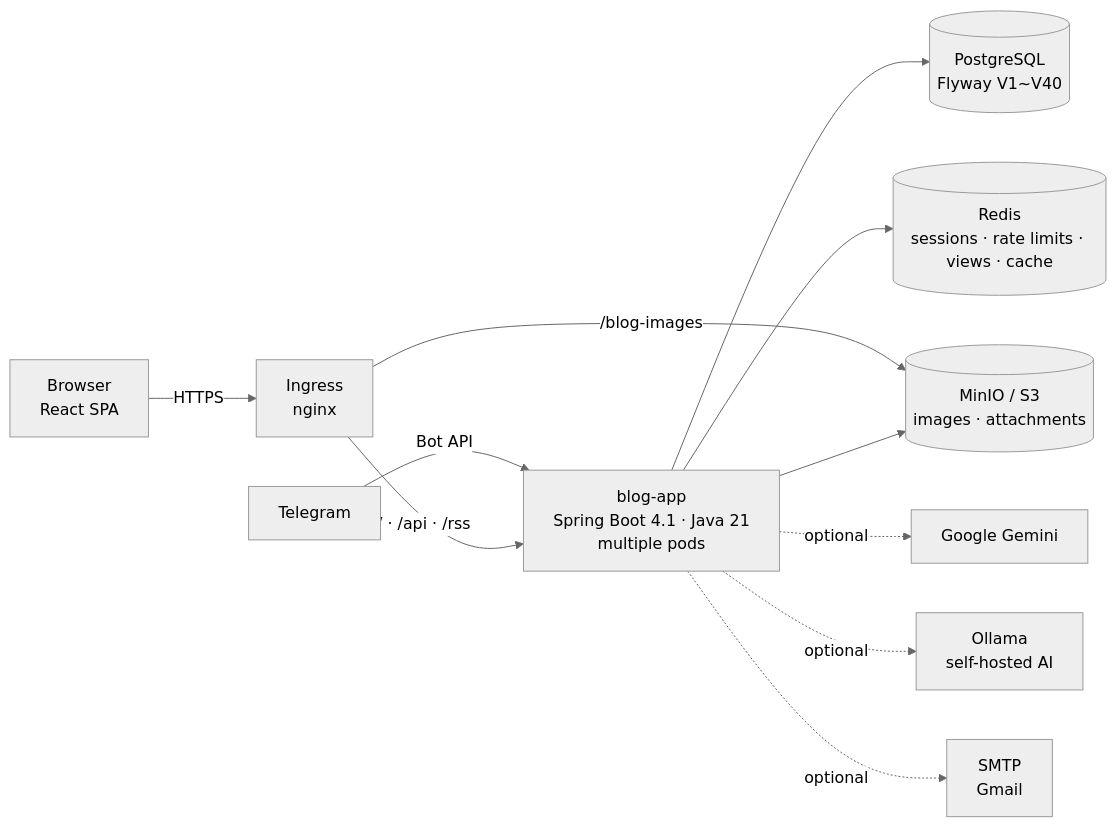
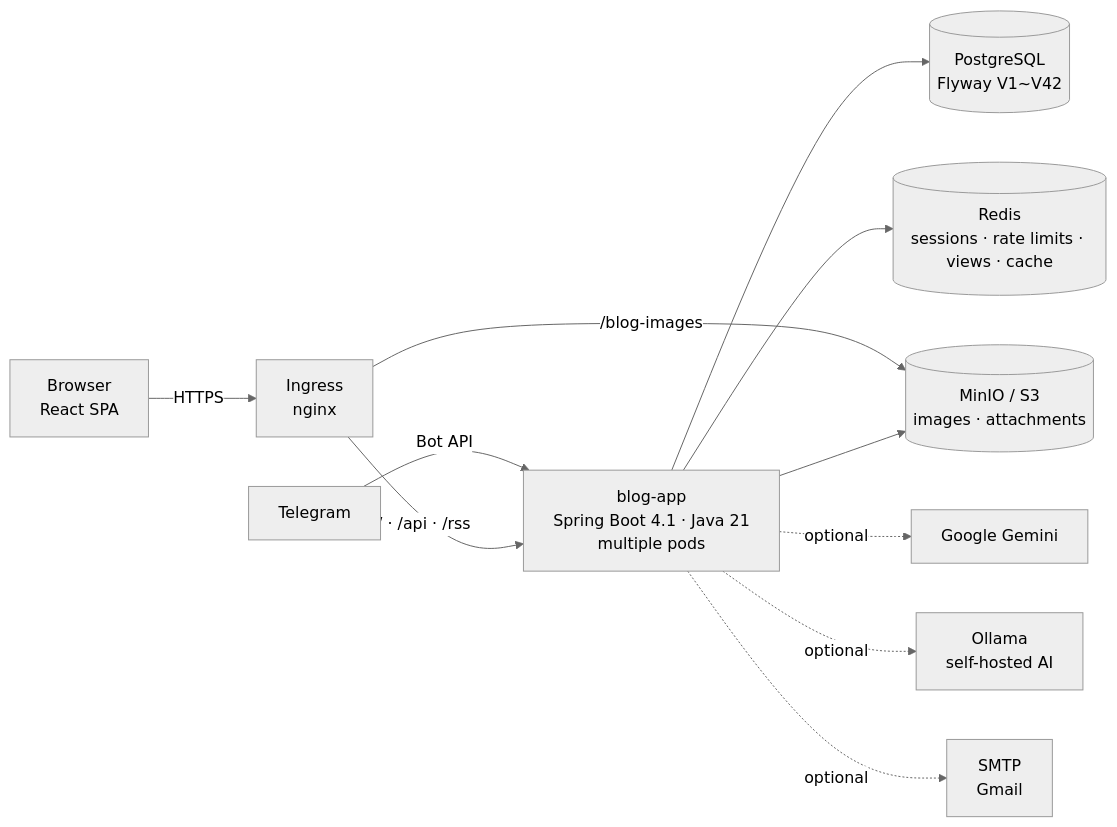
Before and after one commit to AIGJ-01-002-blog/devlog: the first of 3 diagrams in README.en.md, drawn with Mermaid (neutral theme). The commit also changed other lines of this file and 41 other files, not shown here.

````diff
--- a/README.en.md
+++ b/README.en.md
@@ -151,13 +151,13 @@
 ```mermaid
 flowchart LR
     B[Browser<br/>React SPA] -->|HTTPS| I[Ingress<br/>nginx]
     T[Telegram] -->|Bot API| A
     I -->|/ · /api · /rss| A[blog-app<br/>Spring Boot 4.1 · Java 21<br/>multiple pods]
     I -->|/blog-images| M[(MinIO / S3<br/>images · attachments)]
-    A --> P[(PostgreSQL<br/>Flyway V1~V40)]
+    A --> P[(PostgreSQL<br/>Flyway V1~V42)]
     A --> R[(Redis<br/>sessions · rate limits · views · cache)]
     A --> M
     A -.optional.-> G[Google Gemini]
     A -.optional.-> O[Ollama<br/>self-hosted AI]
     A -.optional.-> S[SMTP<br/>Gmail]
 ```
````
